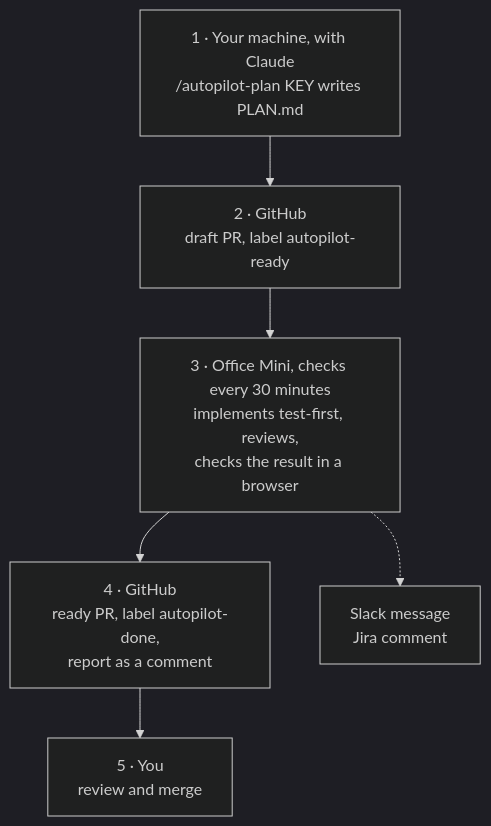
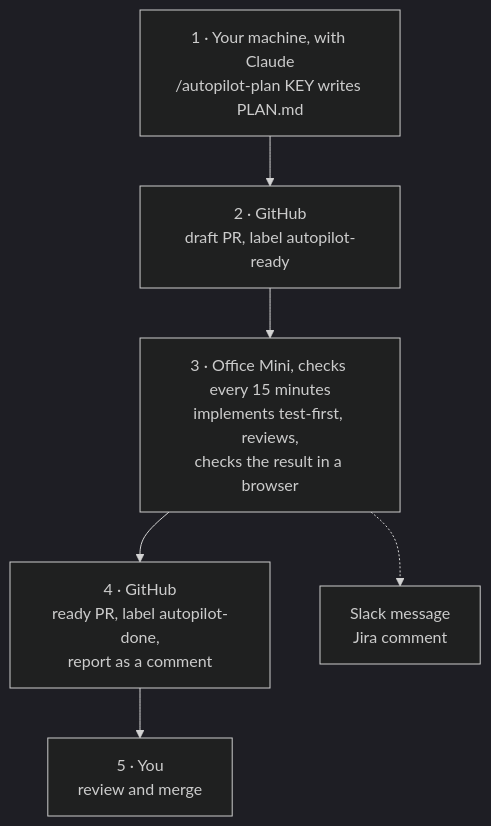
One commit to evelan-de/claude-code-plugins changed the first of 7 diagrams in docs/autopilot-developer-guide.md. Above: the diagram before and after it, drawn with Mermaid (dark theme). The commit also changed other lines of this file and 10 other files, not shown here.

First line of the commit message:
feat(mission-control): run up to two items at once, check for new work every 15 minutes

````diff
--- a/docs/autopilot-developer-guide.md
+++ b/docs/autopilot-developer-guide.md
@@ -36,8 +36,8 @@
 ```mermaid
 flowchart TB
     A["1 · Your machine, with Claude<br/>/autopilot-plan KEY writes PLAN.md"] --> B["2 · GitHub<br/>draft PR, label autopilot-ready"]
-    B --> C["3 · Office Mini, checks every 30 minutes<br/>implements test-first, reviews,<br/>checks the result in a browser"]
+    B --> C["3 · Office Mini, checks every 15 minutes<br/>implements test-first, reviews,<br/>checks the result in a browser"]
     C --> D["4 · GitHub<br/>ready PR, label autopilot-done,<br/>report as a comment"]
     D --> E["5 · You<br/>review and merge"]
     C -.-> N["Slack message<br/>Jira comment"]
 ```
````
